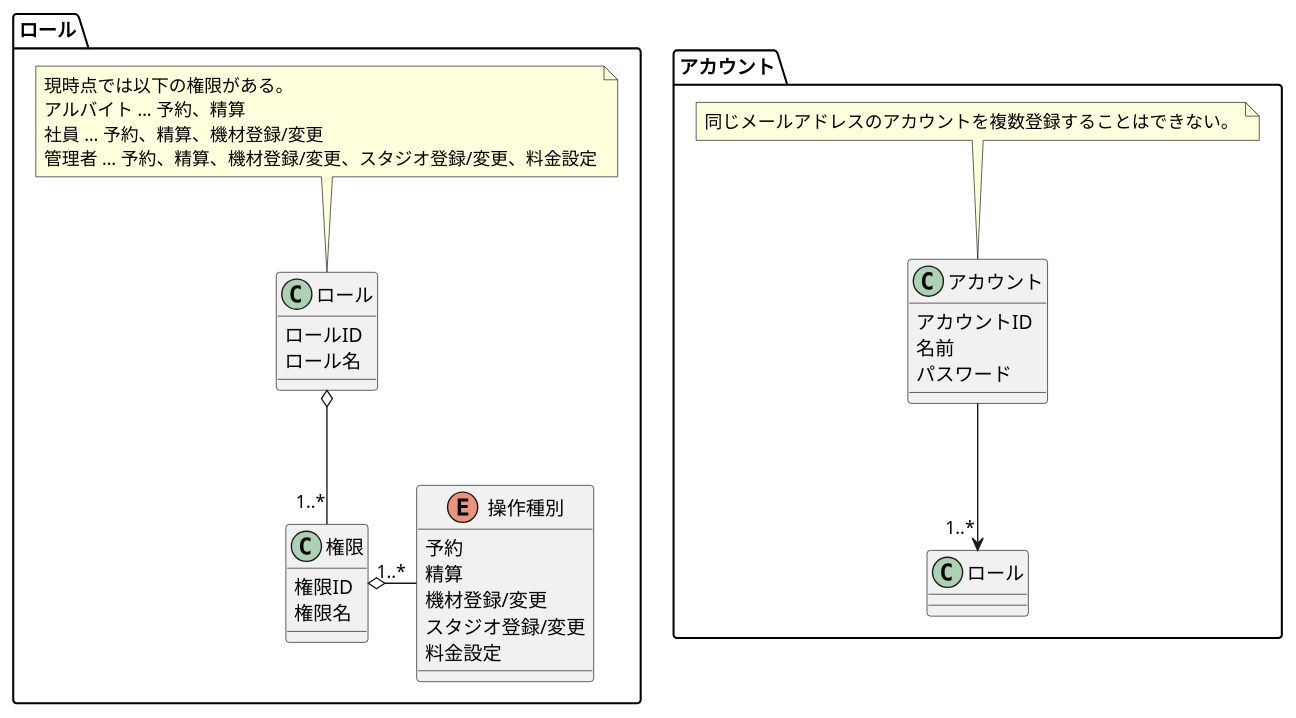
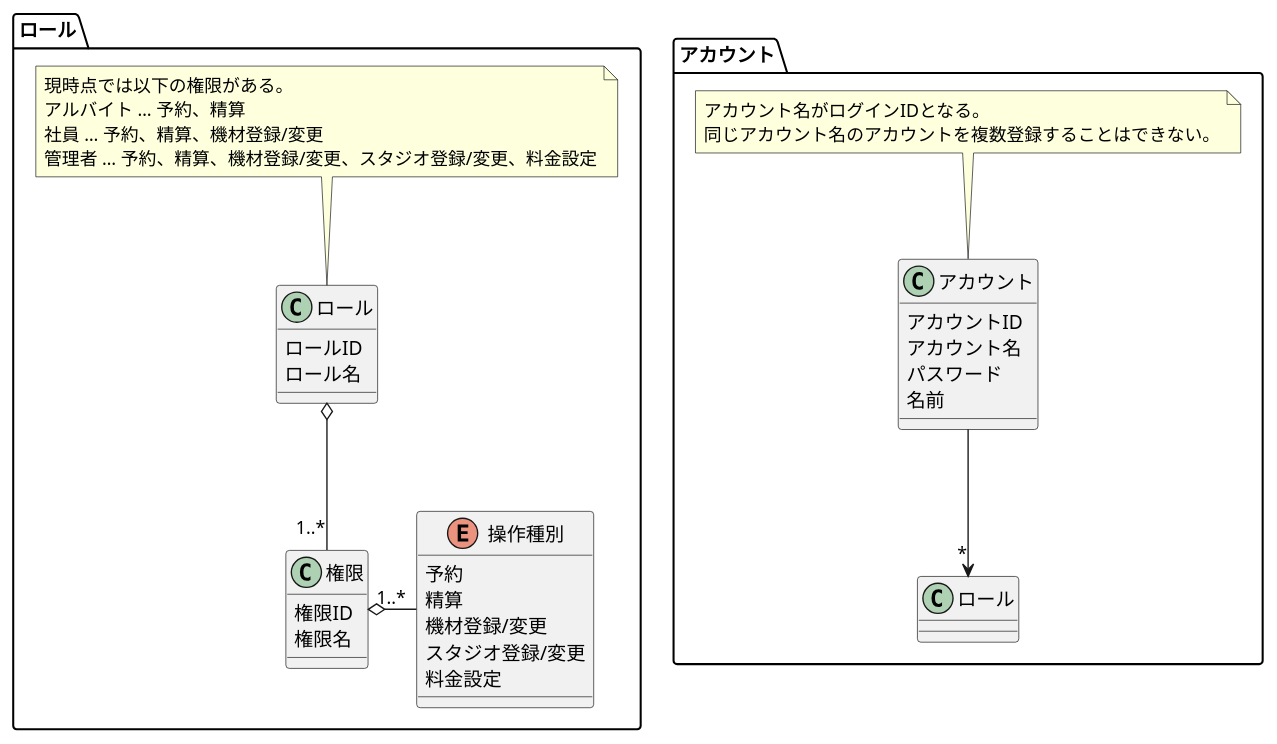
One commit to TakashiOnawa/ddd-practice-studio-reservation changed the diagram in modeling/07_DomainModel_認証.pu. Above: the diagram before and after it, drawn with PlantUML. The commit also changed 10 other files, not shown here.

```diff
--- a/modeling/07_DomainModel_認証.pu
+++ b/modeling/07_DomainModel_認証.pu
@@ -1,47 +1,49 @@
 @startuml DomainModel
 
 package アカウント {
     class アカウント {
         アカウントID
+        アカウント名
+        パスワード
         名前
-        パスワード
     }
 
-    アカウント --> "1..*" ロール
+    アカウント --> "*" ロール
 
     note top of アカウント
-    同じメールアドレスのアカウントを複数登録することはできない。
+    アカウント名がログインIDとなる。
+    同じアカウント名のアカウントを複数登録することはできない。
     end note
 }
 
 package ロール {
     class ロール {
         ロールID
         ロール名
     }
 
     class 権限 {
         権限ID
         権限名
     }
 
     enum 操作種別 {
         予約
         精算
         機材登録/変更
         スタジオ登録/変更
         料金設定
     }
 
     ロール o-- "1..*" 権限
     権限 o- "1..*" 操作種別
 
     note top of ロール
     現時点では以下の権限がある。
     アルバイト … 予約、精算
     社員 … 予約、精算、機材登録/変更
     管理者 … 予約、精算、機材登録/変更、スタジオ登録/変更、料金設定
     end note
 }
 
 @enduml
```
